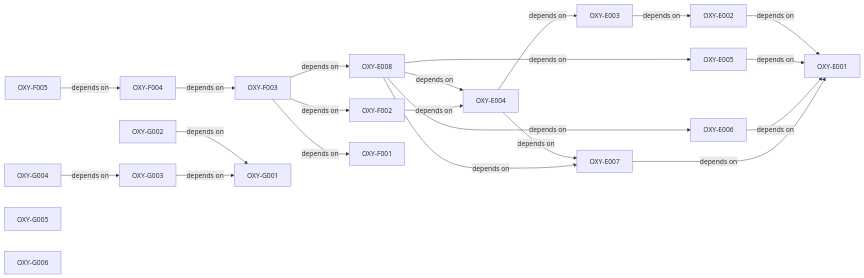
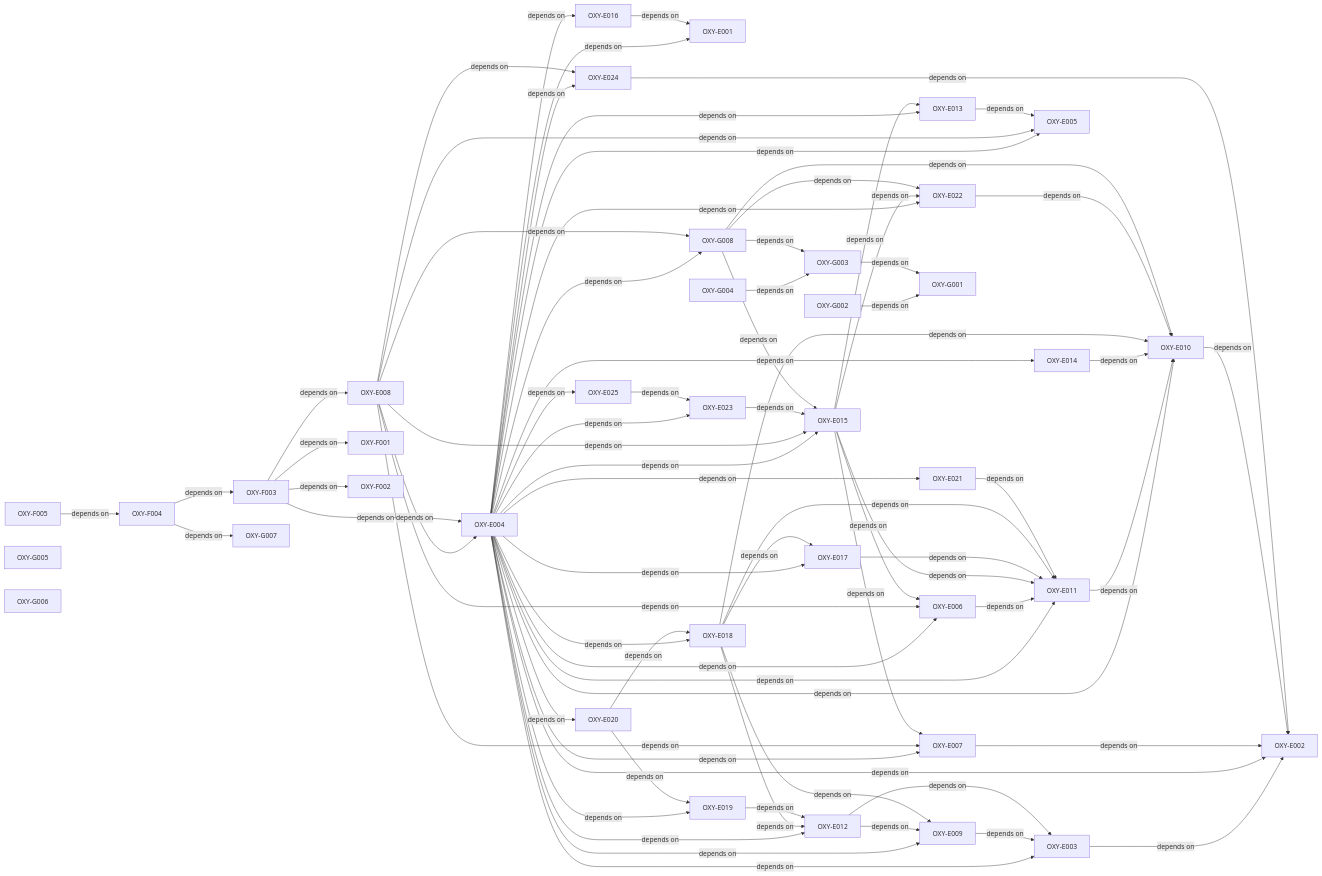
Before and after one commit to SkrOYC/oxyflut: the diagram in .constitution/tasks/critical-path.md, drawn with Mermaid. The commit also changed other lines of this file and 5 other files, not shown here.

````diff
--- a/.constitution/tasks/critical-path.md
+++ b/.constitution/tasks/critical-path.md
@@ -33,25 +39,87 @@
 ```mermaid
 flowchart LR
-    OXY-E002 -->|depends on| OXY-E001
+    OXY-E001
+    OXY-E002
     OXY-E003 -->|depends on| OXY-E002
+    OXY-E004 -->|depends on| OXY-E001
+    OXY-E004 -->|depends on| OXY-E002
     OXY-E004 -->|depends on| OXY-E003
+    OXY-E004 -->|depends on| OXY-E005
+    OXY-E004 -->|depends on| OXY-E006
     OXY-E004 -->|depends on| OXY-E007
-    OXY-E005 -->|depends on| OXY-E001
-    OXY-E006 -->|depends on| OXY-E001
-    OXY-E007 -->|depends on| OXY-E001
+    OXY-E004 -->|depends on| OXY-E009
+    OXY-E004 -->|depends on| OXY-E010
+    OXY-E004 -->|depends on| OXY-E011
+    OXY-E004 -->|depends on| OXY-E012
+    OXY-E004 -->|depends on| OXY-E013
+    OXY-E004 -->|depends on| OXY-E014
+    OXY-E004 -->|depends on| OXY-E015
+    OXY-E004 -->|depends on| OXY-E016
+    OXY-E004 -->|depends on| OXY-E017
+    OXY-E004 -->|depends on| OXY-E018
+    OXY-E004 -->|depends on| OXY-E019
+    OXY-E004 -->|depends on| OXY-E020
+    OXY-E004 -->|depends on| OXY-E021
+    OXY-E004 -->|depends on| OXY-E022
+    OXY-E004 -->|depends on| OXY-E023
+    OXY-E004 -->|depends on| OXY-E024
+    OXY-E004 -->|depends on| OXY-E025
+    OXY-E004 -->|depends on| OXY-G008
+    OXY-E005
+    OXY-E006 -->|depends on| OXY-E011
+    OXY-E007 -->|depends on| OXY-E002
     OXY-E008 -->|depends on| OXY-E004
     OXY-E008 -->|depends on| OXY-E005
     OXY-E008 -->|depends on| OXY-E006
     OXY-E008 -->|depends on| OXY-E007
-    OXY-F002 -->|depends on| OXY-E004
+    OXY-E008 -->|depends on| OXY-E015
+    OXY-E008 -->|depends on| OXY-E024
+    OXY-E008 -->|depends on| OXY-G008
+    OXY-E009 -->|depends on| OXY-E003
+    OXY-E010 -->|depends on| OXY-E002
+    OXY-E011 -->|depends on| OXY-E010
+    OXY-E012 -->|depends on| OXY-E003
+    OXY-E012 -->|depends on| OXY-E009
+    OXY-E013 -->|depends on| OXY-E005
+    OXY-E014 -->|depends on| OXY-E010
+    OXY-E015 -->|depends on| OXY-E006
+    OXY-E015 -->|depends on| OXY-E007
+    OXY-E015 -->|depends on| OXY-E011
+    OXY-E015 -->|depends on| OXY-E013
+    OXY-E015 -->|depends on| OXY-E022
+    OXY-E016 -->|depends on| OXY-E001
+    OXY-E017 -->|depends on| OXY-E011
+    OXY-E018 -->|depends on| OXY-E009
+    OXY-E018 -->|depends on| OXY-E010
+    OXY-E018 -->|depends on| OXY-E011
+    OXY-E018 -->|depends on| OXY-E012
+    OXY-E018 -->|depends on| OXY-E017
+    OXY-E019 -->|depends on| OXY-E012
+    OXY-E020 -->|depends on| OXY-E018
+    OXY-E020 -->|depends on| OXY-E019
+    OXY-E021 -->|depends on| OXY-E011
+    OXY-E022 -->|depends on| OXY-E010
+    OXY-E023 -->|depends on| OXY-E015
+    OXY-E024 -->|depends on| OXY-E002
+    OXY-E025 -->|depends on| OXY-E023
+    OXY-F001
+    OXY-F002
+    OXY-F003 -->|depends on| OXY-E004
     OXY-F003 -->|depends on| OXY-E008
     OXY-F003 -->|depends on| OXY-F001
     OXY-F003 -->|depends on| OXY-F002
     OXY-F004 -->|depends on| OXY-F003
+    OXY-F004 -->|depends on| OXY-G007
     OXY-F005 -->|depends on| OXY-F004
+    OXY-G001
     OXY-G002 -->|depends on| OXY-G001
     OXY-G003 -->|depends on| OXY-G001
     OXY-G004 -->|depends on| OXY-G003
     OXY-G005
     OXY-G006
+    OXY-G007
+    OXY-G008 -->|depends on| OXY-E010
+    OXY-G008 -->|depends on| OXY-E015
+    OXY-G008 -->|depends on| OXY-E022
+    OXY-G008 -->|depends on| OXY-G003
 ```
````
